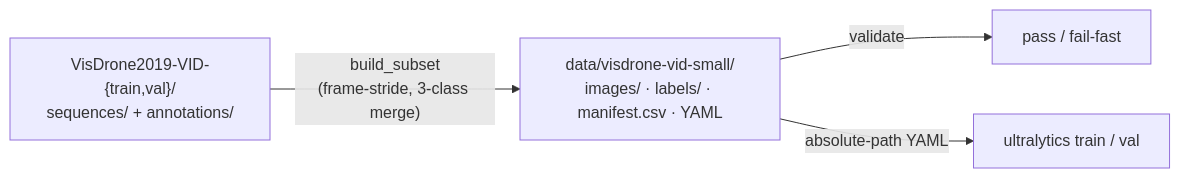
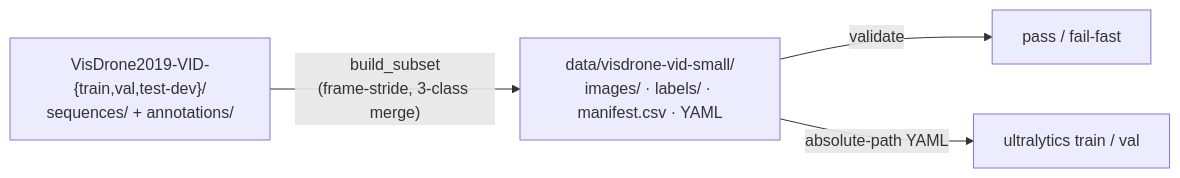
One commit to vtarasv/mlops-cv changed the diagram in docs/data.md. Above: the diagram before and after it, drawn with Mermaid. The commit also changed other lines of this file and 21 other files, not shown here.

````diff
--- a/docs/data.md
+++ b/docs/data.md
@@ -6,7 +6,7 @@
 ```mermaid
 flowchart LR
-  raw["VisDrone2019-VID-{train,val}/<br/>sequences/ + annotations/"]
+  raw["VisDrone2019-VID-{train,val,test-dev}/<br/>sequences/ + annotations/"]
   raw -->|"build_subset<br/>(frame-stride, 3-class merge)"| subset["data/visdrone-vid-small/<br/>images/ · labels/ · manifest.csv · YAML"]
   subset -->|validate| gate["pass / fail-fast"]
   subset -->|absolute-path YAML| yolo["ultralytics train / val"]
 ```
````
